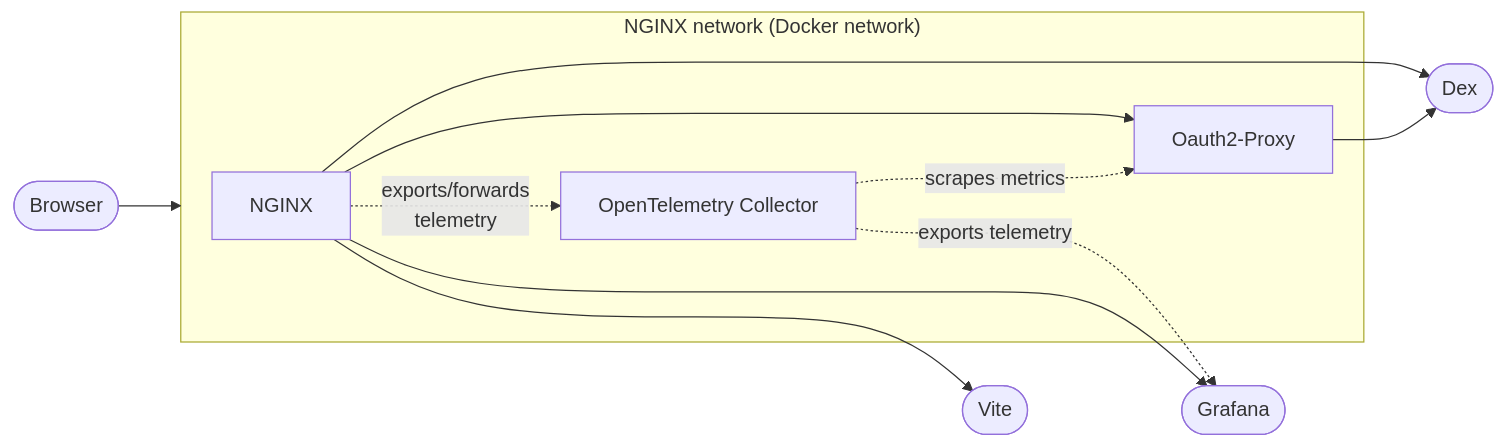
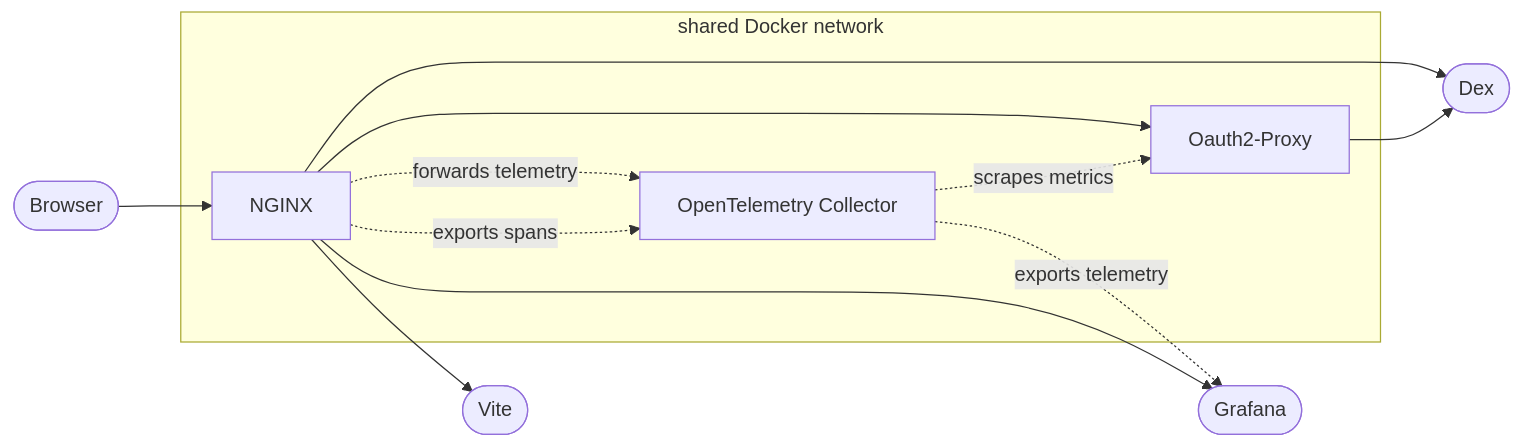
The diagram in examples/telemetry/README.md (blakearoberts/visage), drawn with Mermaid before and after one commit. The commit also changed other lines of this file and 14 other files, not shown here.

Commit message:
Manage OpenTelemetry Collector with Visage

````diff
--- a/examples/telemetry/README.md
+++ b/examples/telemetry/README.md
@@ -13,16 +18,17 @@
 ```mermaid
 flowchart LR
-  subgraph network["NGINX network (Docker network)"]
+  subgraph network["shared Docker network"]
     NGINX --> Oauth2-Proxy
-    NGINX -.->|exports/forwards</br>telemetry| otelcol[OpenTelemetry Collector]
-    otelcol -..->|scrapes metrics| Oauth2-Proxy
+    NGINX -..->|forwards telemetry| otelcol
+    NGINX -..->|exports spans| otelcol
+    otelcol -.->|scrapes metrics| Oauth2-Proxy
   end
-  browser([Browser]) --> network
+  browser([Browser]) --> NGINX
 
-  otelcol -..->|exports telemetry| grafana
+  otelcol[OpenTelemetry Collector] -.->|exports telemetry| grafana
 
-  NGINX ---> vite([Vite])
+  NGINX --> vite([Vite])
   NGINX --> grafana([Grafana])
   NGINX --> idp([Dex])
   Oauth2-Proxy --> idp
 ```
````
